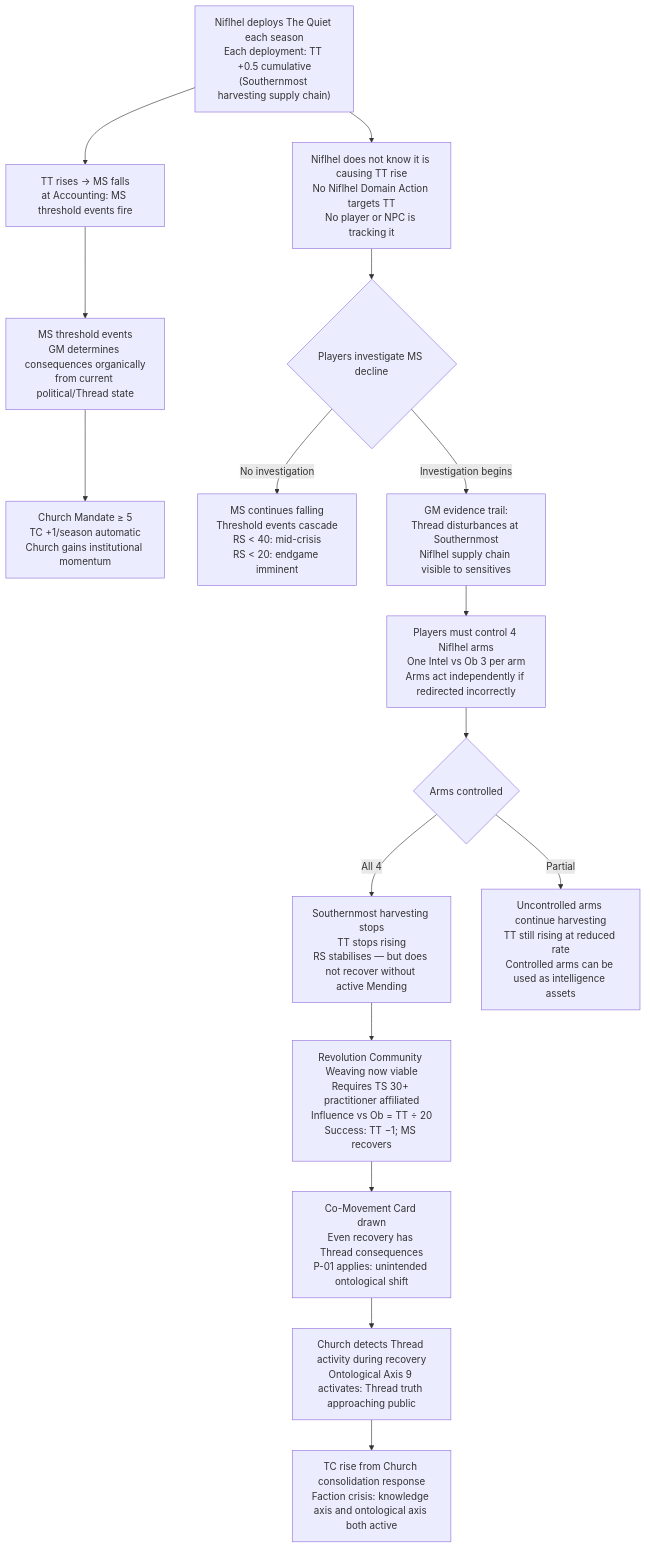
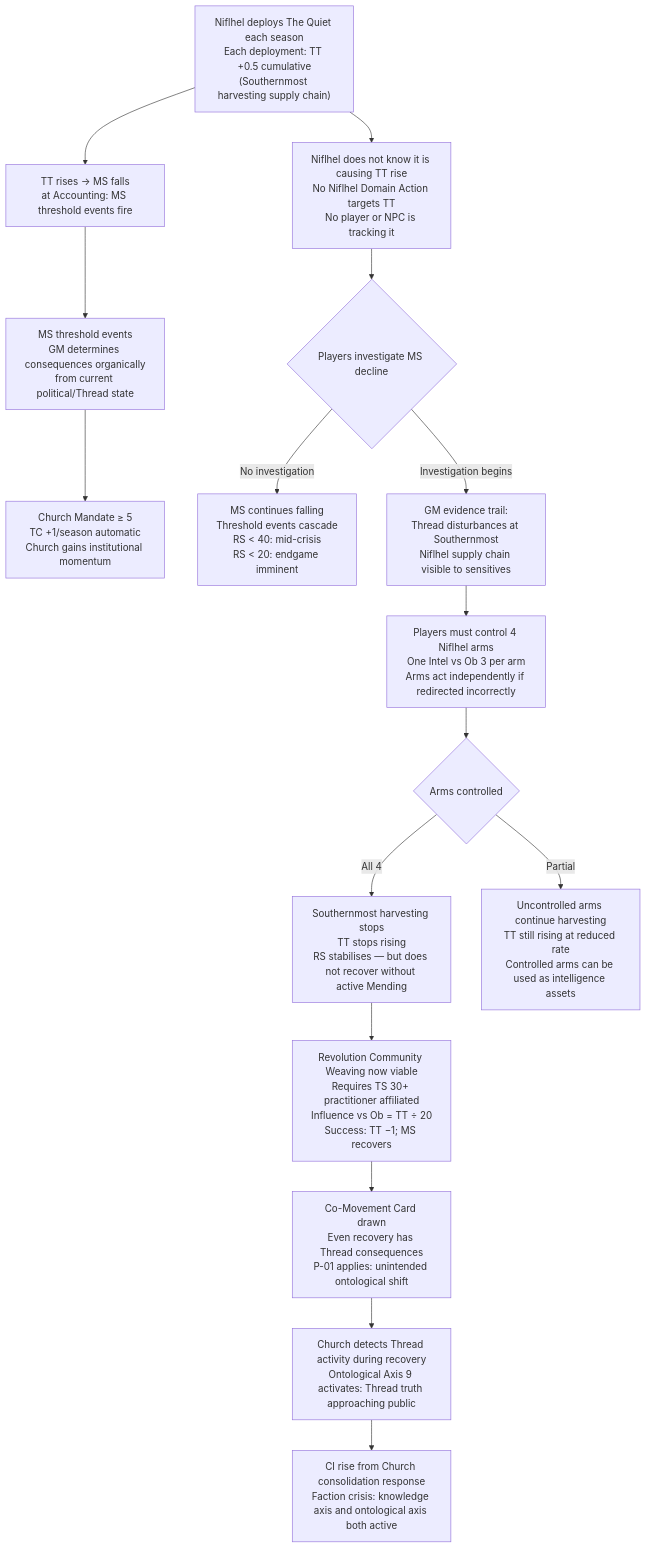
The third of 4 diagrams in designs/arcs/emergent_campaign_arcs.md (jordanelias/ttrpg), drawn with Mermaid before and after one commit. The commit also changed other lines of this file and 59 other files, not shown here.

````diff
--- a/designs/arcs/emergent_campaign_arcs.md
+++ b/designs/arcs/emergent_campaign_arcs.md
@@ -99,18 +99,18 @@
 ```mermaid
 flowchart TD
     A["Niflhel deploys The Quiet each season\nEach deployment: TT +0.5 cumulative\n(Southernmost harvesting supply chain)"] --> B["TT rises → MS falls\nat Accounting: MS threshold events fire"]
     B --> C["MS threshold events\nGM determines consequences organically\nfrom current political/Thread state"]
     C --> D["Church Mandate ≥ 5\nTC +1/season automatic\nChurch gains institutional momentum"]
     A --> E["Niflhel does not know it is causing TT rise\nNo Niflhel Domain Action targets TT\nNo player or NPC is tracking it"]
     E --> F{"Players investigate MS decline"}
     F -->|"No investigation"| G["MS continues falling\nThreshold events cascade\nRS < 40: mid-crisis\nRS < 20: endgame imminent"]
     F -->|"Investigation begins"| H["GM evidence trail:\nThread disturbances at Southernmost\nNiflhel supply chain visible to sensitives"]
     H --> I["Players must control 4 Niflhel arms\nOne Intel vs Ob 3 per arm\nArms act independently if redirected incorrectly"]
     I --> J{Arms controlled}
     J -->|"All 4"| K["Southernmost harvesting stops\nTT stops rising\nRS stabilises — but does not recover without active Mending"]
     J -->|"Partial"| L["Uncontrolled arms continue harvesting\nTT still rising at reduced rate\nControlled arms can be used as intelligence assets"]
     K --> M["Revolution Community Weaving now viable\nRequires TS 30+ practitioner affiliated\nInfluence vs Ob = TT ÷ 20\nSuccess: TT −1; MS recovers"]
     M --> N["Co-Movement Card drawn\nEven recovery has Thread consequences\nP-01 applies: unintended ontological shift"]
     N --> O["Church detects Thread activity during recovery\nOntological Axis 9 activates: Thread truth approaching public"]
-    O --> P["TC rise from Church consolidation response\nFaction crisis: knowledge axis and ontological axis both active"]
+    O --> P["CI rise from Church consolidation response\nFaction crisis: knowledge axis and ontological axis both active"]
 ```
````
